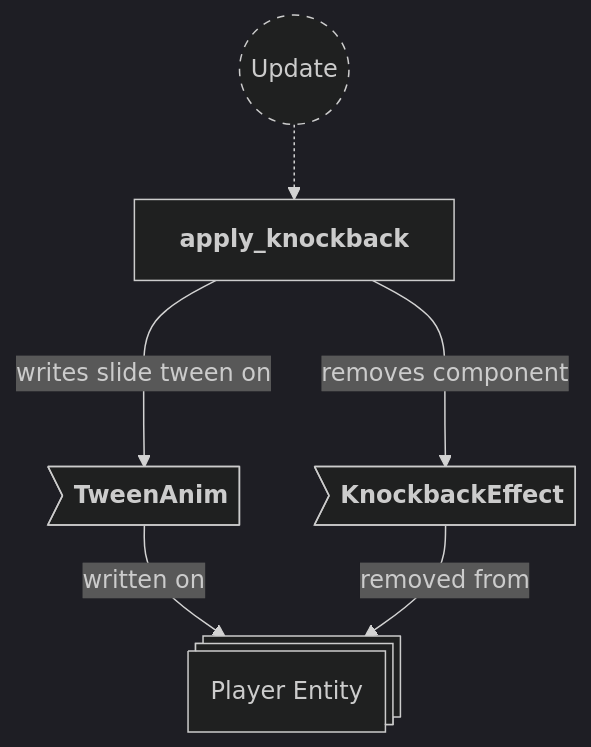
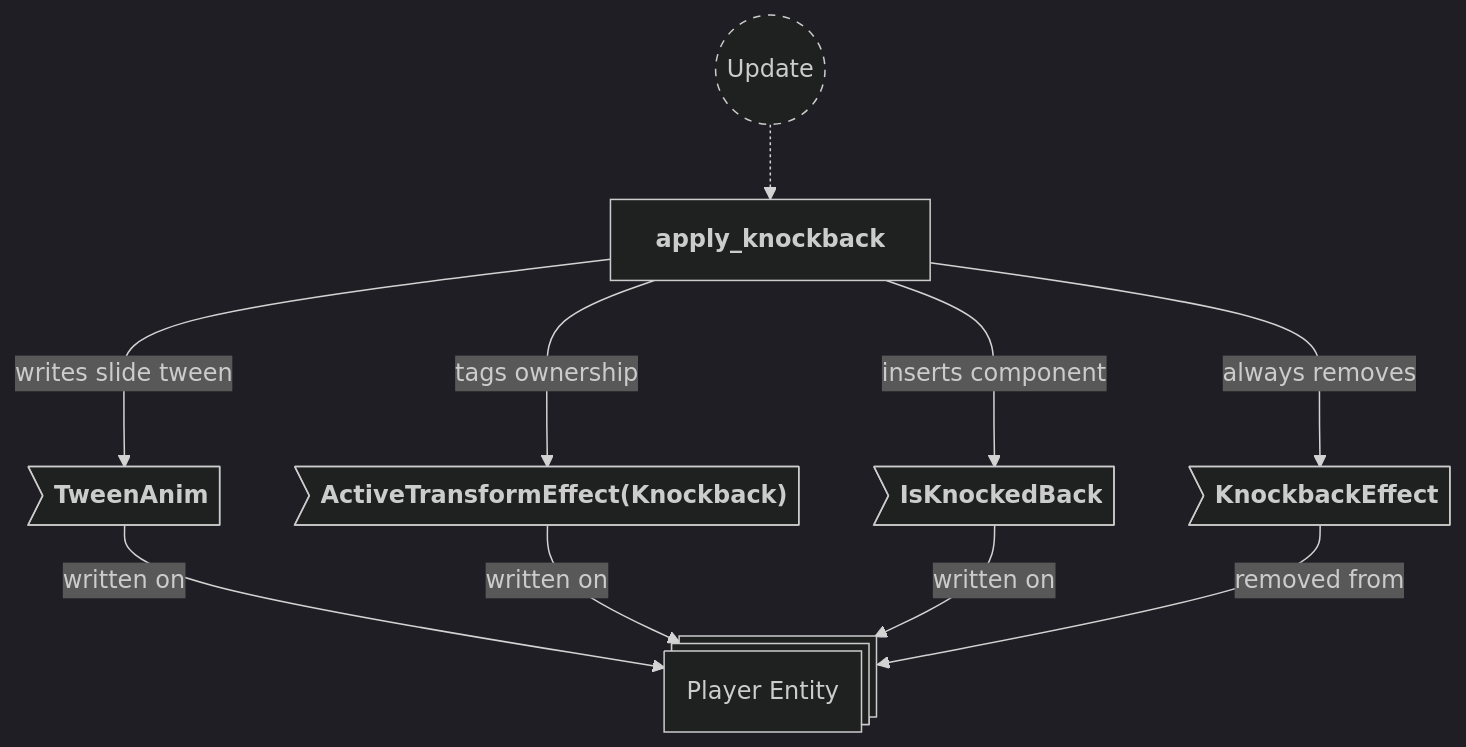
Before and after one commit to neurosoup/tyled: the third of 25 diagrams in backlog/docs/doc-10 - 008-Effects-plugin.md, drawn with Mermaid. The commit also changed other lines of this file and 14 other files, not shown here.

First line of the commit message:
Add beam-origin illumination and fix knockback transform-effect race

````diff
--- a/backlog/docs/doc-10 - 008-Effects-plugin.md
+++ b/backlog/docs/doc-10 - 008-Effects-plugin.md
@@ -146,25 +214,31 @@
 ```mermaid
 ---
 config:
   theme: dark
 ---
 
 flowchart TD
 classDef system-group stroke-dasharray: 5 5
 
 update(("`Update`")):::system-group
 apply_knockback["`**apply_knockback**`"]
 
 update -.-> apply_knockback
 
 player_entity@{ shape: st-rect, label: "Player Entity" }
 
 pe_tween_anim>"`**TweenAnim**`"]
+pe_active>"`**ActiveTransformEffect(Knockback)**`"]
+pe_is_knocked>"`**IsKnockedBack**`"]
 pe_knockback>"`**KnockbackEffect**`"]
 
 pe_tween_anim --> |written on| player_entity
+pe_active --> |written on| player_entity
+pe_is_knocked --> |written on| player_entity
 pe_knockback --> |removed from| player_entity
 
-apply_knockback ---> |writes slide tween on| pe_tween_anim
-apply_knockback ---> |removes component| pe_knockback
+apply_knockback ---> |writes slide tween| pe_tween_anim
+apply_knockback ---> |tags ownership| pe_active
+apply_knockback ---> |inserts component| pe_is_knocked
+apply_knockback ---> |always removes| pe_knockback
 ```
````
